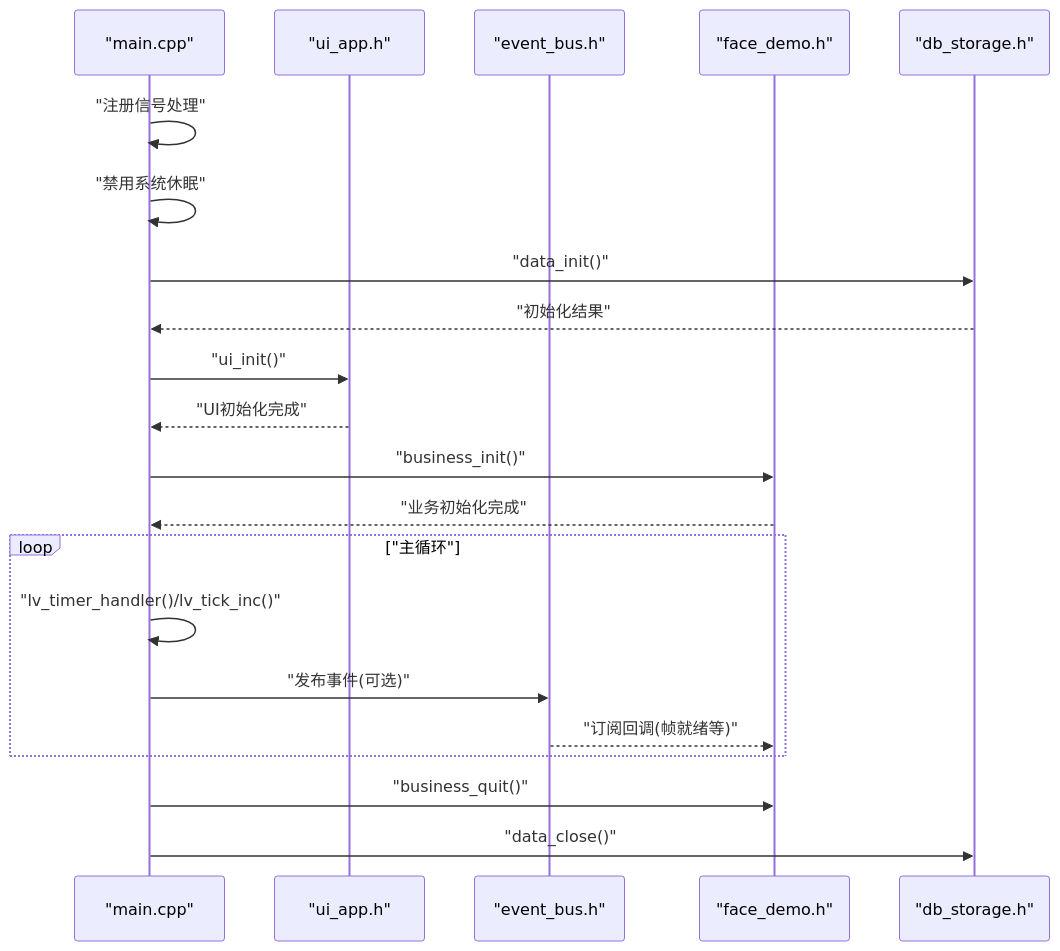
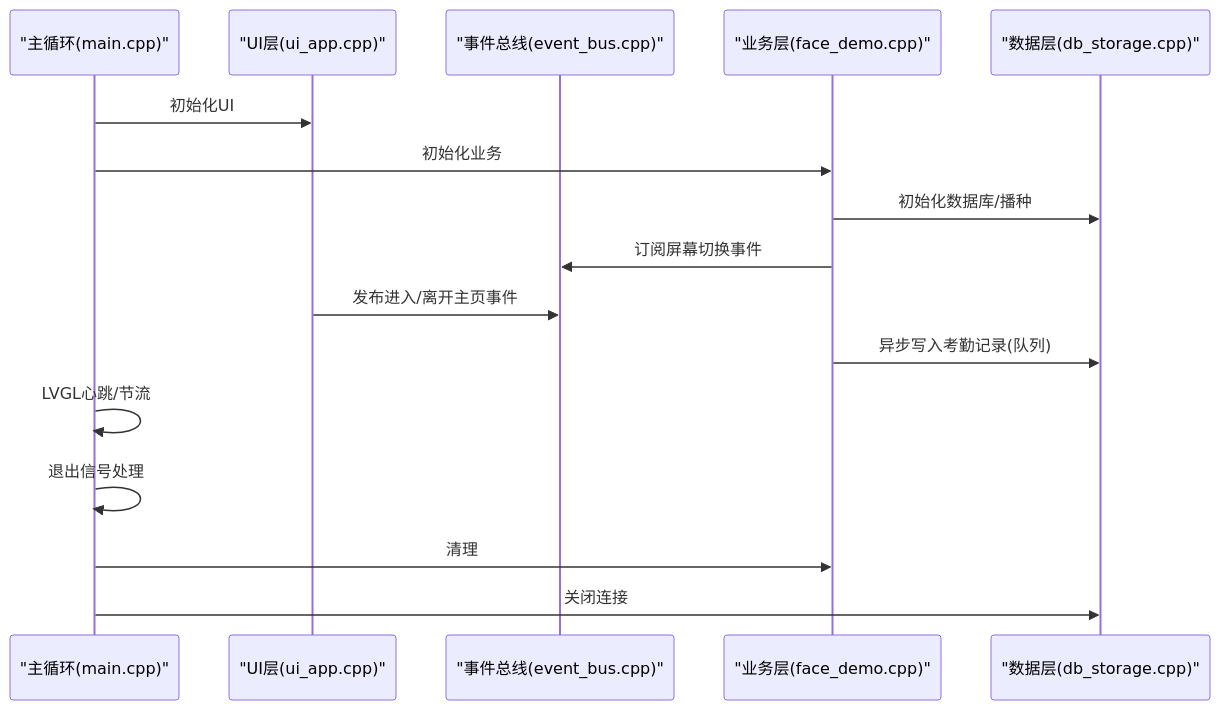
One commit to Drunk552/SmartAttendance changed the second of 5 diagrams in .qoder/repowiki/zh/content/故障排除.md. Above: the diagram before and after it, drawn with Mermaid. The commit also changed other lines of this file and 119 other files, not shown here.

````diff
--- a/.qoder/repowiki/zh/content/故障排除.md
+++ b/.qoder/repowiki/zh/content/故障排除.md
@@ -78,23 +80,18 @@
 ```mermaid
 sequenceDiagram
-participant Main as "main.cpp"
-participant UI as "ui_app.h"
-participant Bus as "event_bus.h"
-participant Biz as "face_demo.h"
-participant Data as "db_storage.h"
-Main->>Main : "注册信号处理"
-Main->>Main : "禁用系统休眠"
-Main->>Data : "data_init()"
-Data-->>Main : "初始化结果"
-Main->>UI : "ui_init()"
-UI-->>Main : "UI初始化完成"
-Main->>Biz : "business_init()"
-Biz-->>Main : "业务初始化完成"
-loop "主循环"
-Main->>Main : "lv_timer_handler()/lv_tick_inc()"
-Main->>Bus : "发布事件(可选)"
-Bus-->>Biz : "订阅回调(帧就绪等)"
-end
-Main->>Biz : "business_quit()"
-Main->>Data : "data_close()"
+participant Main as "主循环(main.cpp)"
+participant UI as "UI层(ui_app.cpp)"
+participant Bus as "事件总线(event_bus.cpp)"
+participant Biz as "业务层(face_demo.cpp)"
+participant DB as "数据层(db_storage.cpp)"
+Main->>UI : 初始化UI
+Main->>Biz : 初始化业务
+Biz->>DB : 初始化数据库/播种
+Biz->>Bus : 订阅屏幕切换事件
+UI->>Bus : 发布进入/离开主页事件
+Biz->>DB : 异步写入考勤记录(队列)
+Main->>Main : LVGL心跳/节流
+Main->>Main : 退出信号处理
+Main->>Biz : 清理
+Main->>DB : 关闭连接
 ```
````
